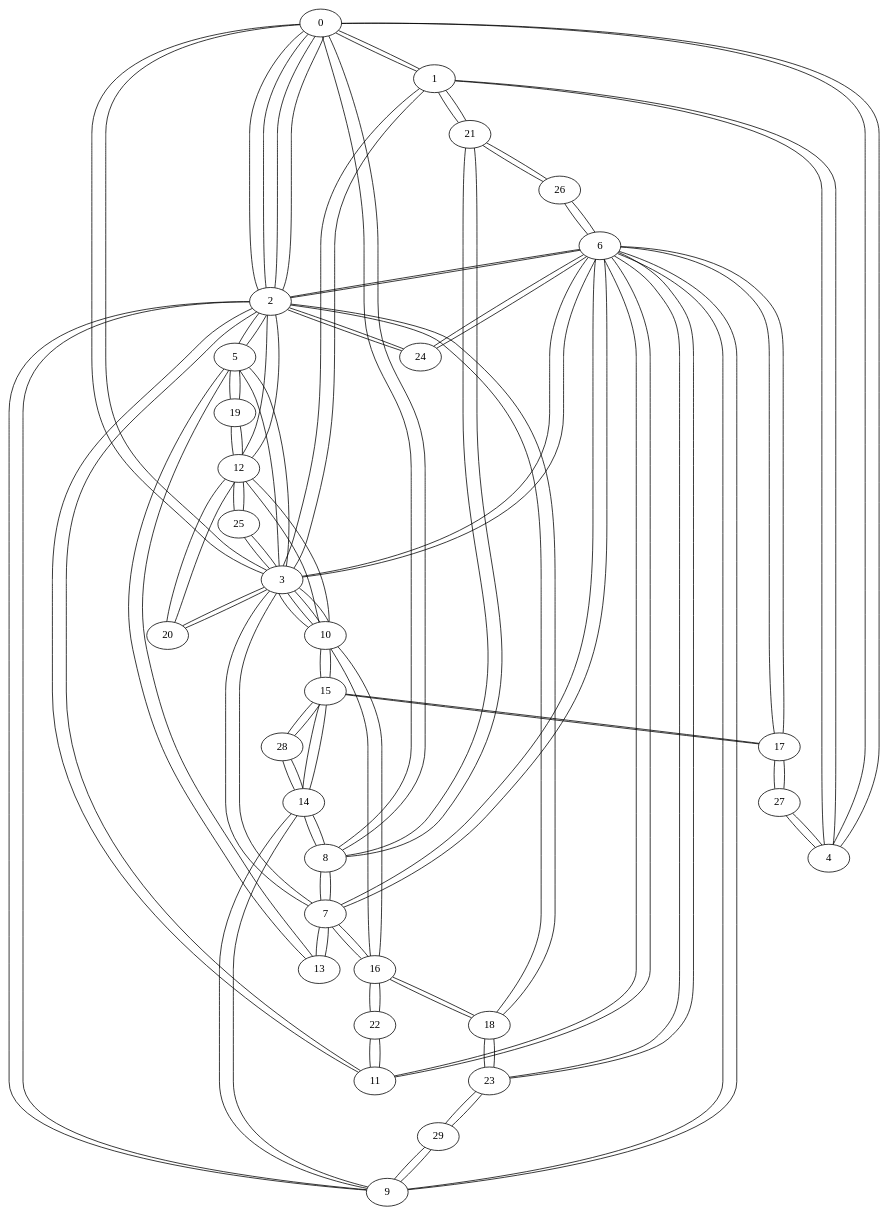
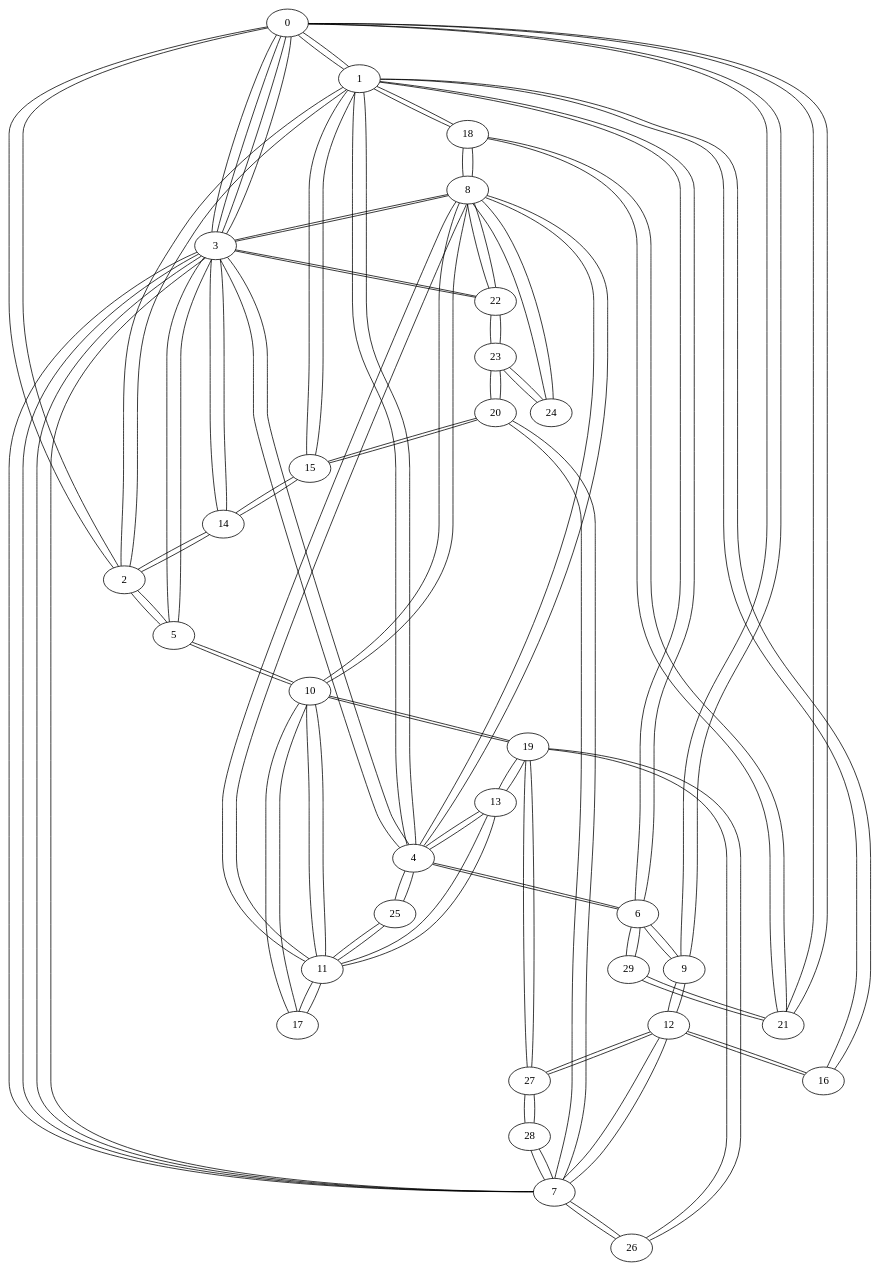
The diagram in grafo_barabasi30.gv (GusRojas/Grafos2DAA_A24), drawn with Graphviz before and after one commit. The commit also changed 69 other files, not shown here.

```diff
--- a/grafo_barabasi30.gv
+++ b/grafo_barabasi30.gv
@@ -1,116 +1,116 @@
 graph {
   0 -- 1;
   0 -- 2;
-  0 -- 2;
   0 -- 3;
-  0 -- 4;
-  0 -- 8;
+  0 -- 3;
+  0 -- 9;
+  0 -- 21;
   1 -- 0;
-  1 -- 3;
+  1 -- 2;
   1 -- 4;
-  1 -- 21;
+  1 -- 6;
+  1 -- 15;
+  1 -- 16;
+  1 -- 18;
   2 -- 0;
-  2 -- 0;
+  2 -- 1;
   2 -- 5;
-  2 -- 6;
-  2 -- 9;
-  2 -- 11;
-  2 -- 12;
-  2 -- 18;
-  2 -- 24;
+  2 -- 14;
   3 -- 0;
-  3 -- 1;
+  3 -- 0;
+  3 -- 4;
   3 -- 5;
-  3 -- 6;
   3 -- 7;
-  3 -- 10;
-  3 -- 10;
-  3 -- 20;
-  3 -- 25;
-  4 -- 0;
+  3 -- 7;
+  3 -- 8;
+  3 -- 14;
+  3 -- 22;
   4 -- 1;
-  4 -- 27;
+  4 -- 3;
+  4 -- 6;
+  4 -- 8;
+  4 -- 13;
+  4 -- 25;
+  5 -- 3;
   5 -- 2;
-  5 -- 3;
-  5 -- 13;
-  5 -- 19;
-  6 -- 3;
-  6 -- 2;
-  6 -- 7;
+  5 -- 10;
+  6 -- 4;
+  6 -- 1;
   6 -- 9;
-  6 -- 11;
-  6 -- 17;
-  6 -- 23;
-  6 -- 24;
-  6 -- 26;
+  6 -- 29;
   7 -- 3;
-  7 -- 6;
-  7 -- 8;
-  7 -- 13;
-  7 -- 16;
-  8 -- 7;
-  8 -- 0;
-  8 -- 14;
-  8 -- 21;
-  9 -- 2;
+  7 -- 3;
+  7 -- 12;
+  7 -- 20;
+  7 -- 26;
+  7 -- 28;
+  8 -- 4;
+  8 -- 3;
+  8 -- 10;
+  8 -- 11;
+  8 -- 18;
+  8 -- 22;
+  8 -- 24;
+  9 -- 0;
   9 -- 6;
-  9 -- 14;
-  9 -- 29;
-  10 -- 3;
-  10 -- 3;
-  10 -- 12;
-  10 -- 15;
-  10 -- 16;
-  11 -- 6;
-  11 -- 2;
-  11 -- 22;
-  12 -- 10;
-  12 -- 2;
-  12 -- 19;
-  12 -- 20;
-  12 -- 25;
-  13 -- 7;
-  13 -- 5;
-  14 -- 8;
-  14 -- 9;
+  9 -- 12;
+  10 -- 5;
+  10 -- 8;
+  10 -- 11;
+  10 -- 17;
+  10 -- 19;
+  11 -- 8;
+  11 -- 10;
+  11 -- 13;
+  11 -- 17;
+  11 -- 25;
+  12 -- 9;
+  12 -- 7;
+  12 -- 16;
+  12 -- 27;
+  13 -- 4;
+  13 -- 11;
+  13 -- 19;
+  14 -- 3;
+  14 -- 2;
   14 -- 15;
-  14 -- 28;
   15 -- 14;
-  15 -- 10;
-  15 -- 17;
-  15 -- 28;
-  16 -- 7;
-  16 -- 10;
-  16 -- 18;
-  16 -- 22;
-  17 -- 6;
-  17 -- 15;
-  17 -- 27;
-  18 -- 16;
-  18 -- 2;
-  18 -- 23;
-  19 -- 5;
-  19 -- 12;
-  20 -- 12;
-  20 -- 3;
-  21 -- 8;
-  21 -- 1;
-  21 -- 26;
-  22 -- 11;
-  22 -- 16;
-  23 -- 6;
-  23 -- 18;
-  23 -- 29;
-  24 -- 6;
-  24 -- 2;
-  25 -- 3;
-  25 -- 12;
-  26 -- 21;
-  26 -- 6;
-  27 -- 17;
-  27 -- 4;
-  28 -- 15;
-  28 -- 14;
-  29 -- 9;
-  29 -- 23;
+  15 -- 1;
+  15 -- 20;
+  16 -- 12;
+  16 -- 1;
+  17 -- 10;
+  17 -- 11;
+  18 -- 8;
+  18 -- 1;
+  18 -- 21;
+  19 -- 13;
+  19 -- 10;
+  19 -- 26;
+  19 -- 27;
+  20 -- 15;
+  20 -- 7;
+  20 -- 23;
+  21 -- 0;
+  21 -- 18;
+  21 -- 29;
+  22 -- 3;
+  22 -- 8;
+  22 -- 23;
+  23 -- 22;
+  23 -- 20;
+  23 -- 24;
+  24 -- 23;
+  24 -- 8;
+  25 -- 4;
+  25 -- 11;
+  26 -- 19;
+  26 -- 7;
+  27 -- 12;
+  27 -- 19;
+  27 -- 28;
+  28 -- 27;
+  28 -- 7;
+  29 -- 21;
+  29 -- 6;
 }
```
